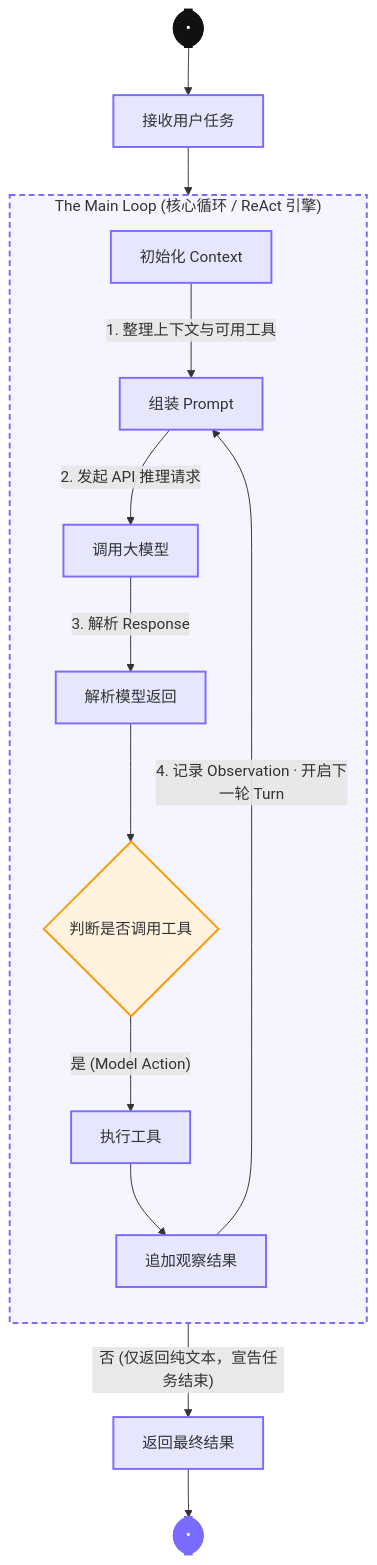
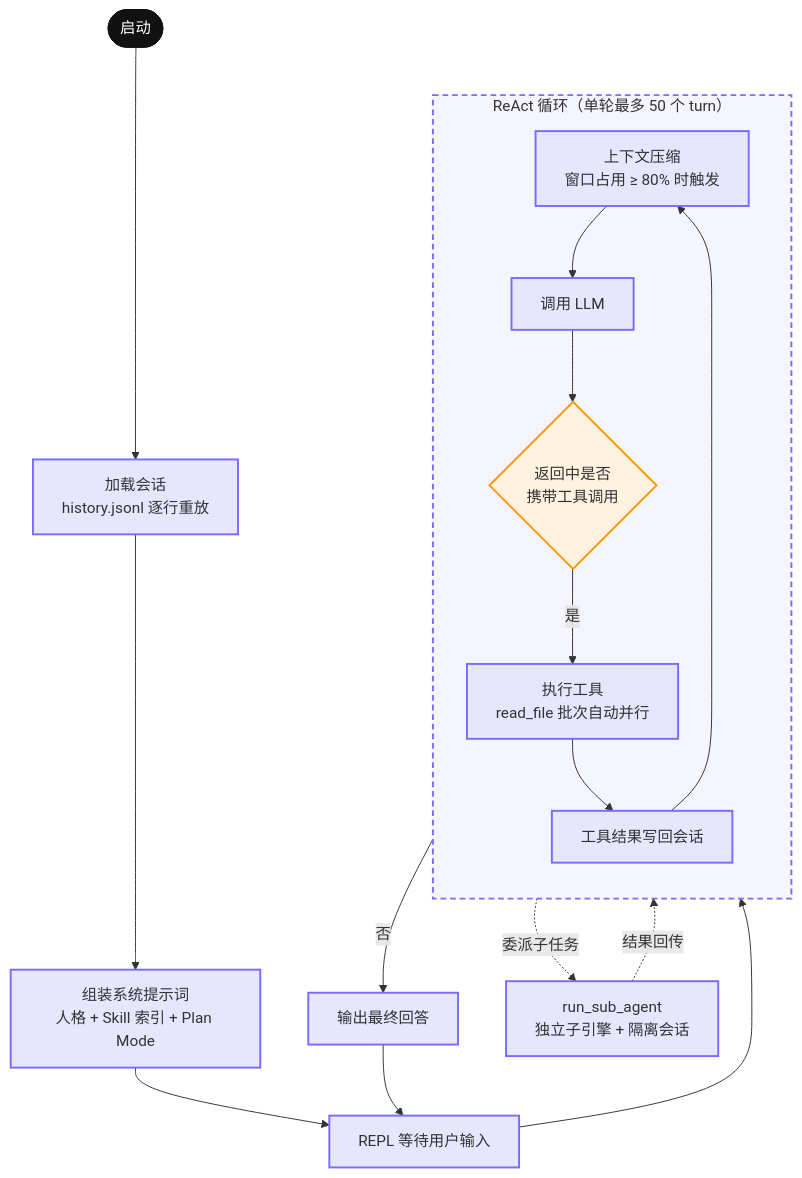
The first of 3 diagrams in README.md (mikellxy/laxcode-cli), drawn with Mermaid before and after one commit. The commit also changed other lines of this file, not shown here.

````diff
--- a/README.md
+++ b/README.md
@@ -20,28 +5,30 @@
 ```mermaid
 flowchart TD
-    start([•]) --> task["接收用户任务"]
-    task --> loop
+    start([启动]) --> load["加载会话<br/>history.jsonl 逐行重放"]
+    load --> sys["组装系统提示词<br/>人格 + Skill 索引 + Plan Mode"]
+    sys --> repl["REPL 等待用户输入"]
 
-    subgraph loop["The Main Loop (核心循环 / ReAct 引擎)"]
+    repl --> loop
+
+    subgraph loop["ReAct 循环（单轮最多 50 个 turn）"]
         direction TB
-        init["初始化 Context"] -->|"1. 整理上下文与可用工具"| prompt["组装 Prompt"]
-        prompt -->|"2. 发起 API 推理请求"| model["调用大模型"]
-        model -->|"3. 解析 Response"| parse["解析模型返回"]
-        parse --> judge{"判断是否调用工具"}
-
-        judge -->|"是 (Model Action)"| tool["执行工具"]
-        tool --> observe["追加观察结果"]
-        observe -->|"4. 记录 Observation · 开启下一轮 Turn"| prompt
+        compact["上下文压缩<br/>窗口占用 ≥ 80% 时触发"] --> gen["调用 LLM"]
+        gen --> judge{"返回中是否<br/>携带工具调用"}
+        judge -->|"是"| exec["执行工具<br/>read_file 批次自动并行"]
+        exec --> writeback["工具结果写回会话"]
+        writeback --> compact
     end
 
-    judge -->|"否 (仅返回纯文本，宣告任务结束)"| final["返回最终结果"]
-    final --> endNode([•])
+    judge -->|"否"| answer["输出最终回答"]
+    answer --> repl
 
-    classDef node fill:#E6E6FF,stroke:#7A6BFF,stroke-width:2px,color:#333
-    class init,prompt,model,parse,tool,observe,final node
-    classDef judgeStyle fill:#FFF3E0,stroke:#FF9800,stroke-width:2px,color:#333
-    class judge judgeStyle
+    exec -. 委派子任务 .-> sub["run_sub_agent<br/>独立子引擎 + 隔离会话"]
+    sub -. 结果回传 .-> writeback
+
+    classDef proc fill:#E6E6FF,stroke:#7A6BFF,stroke-width:2px,color:#333
+    classDef decision fill:#FFF3E0,stroke:#FF9800,stroke-width:2px,color:#333
+    class load,sys,repl,compact,gen,exec,writeback,answer,sub proc
+    class judge decision
     style start fill:#111,stroke:#111,color:#fff
-    style endNode fill:#7A6BFF,stroke:#7A6BFF,color:#fff
     style loop fill:#F5F5FF,stroke:#7A6BFF,stroke-width:2px,stroke-dasharray:6 4
 ```
````
